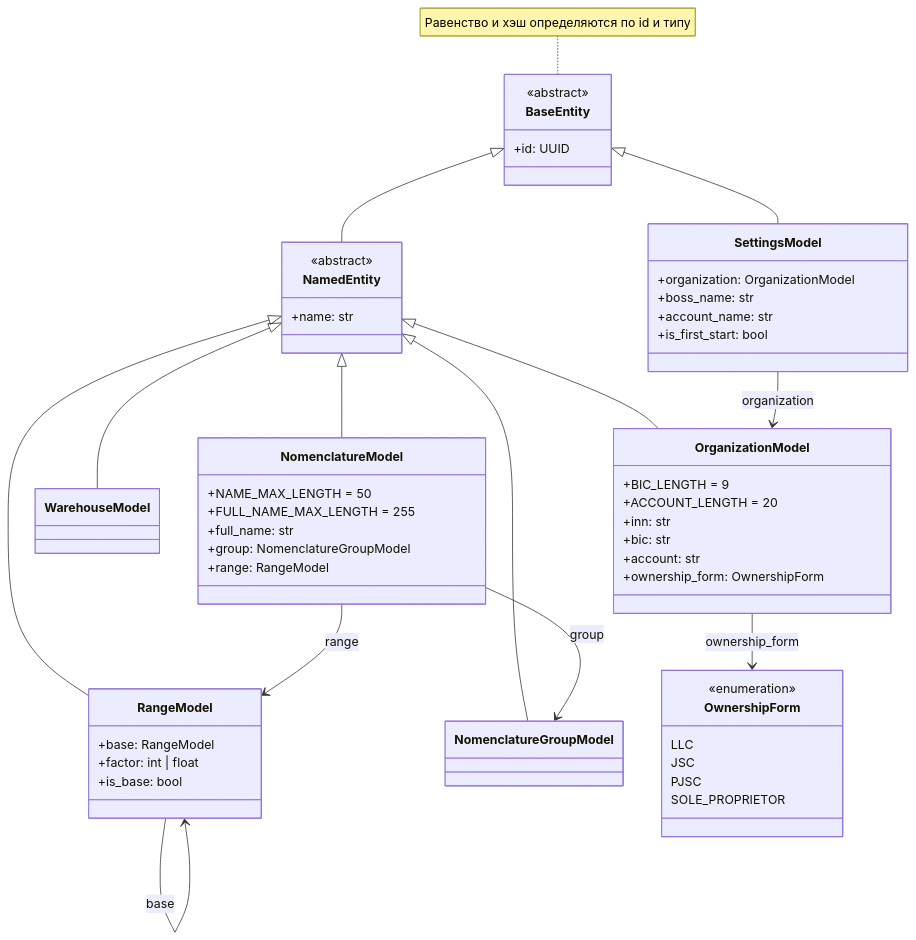
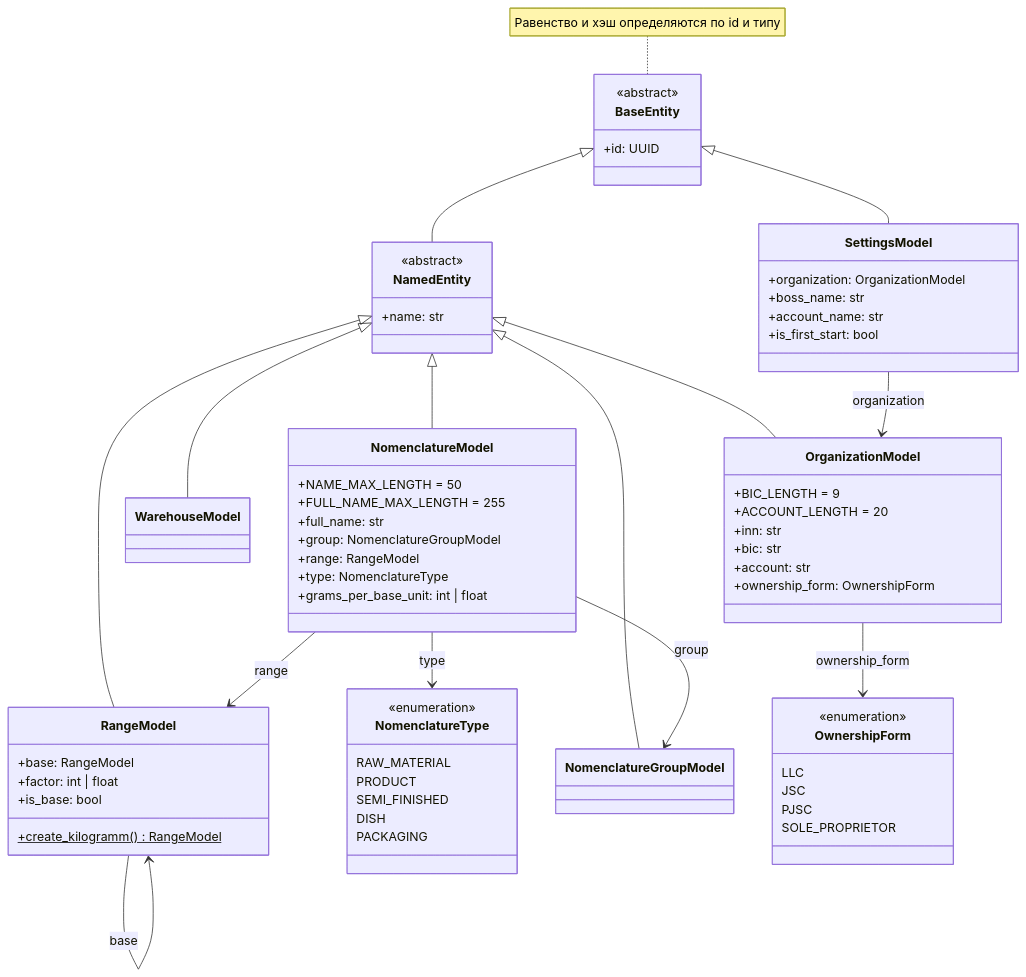
One commit to asutenshi/design-patterns changed the first of 4 diagrams in Docs/ClassDiagram.md. Above: the diagram before and after it, drawn with Mermaid. The commit also changed other lines of this file and 6 other files, not shown here.

Commit message:
feat: extend NomenclatureModel logic: add type and grams_per_base_unit

```diff
--- a/Docs/ClassDiagram.md
+++ b/Docs/ClassDiagram.md
@@ -29,6 +29,7 @@
         +base: RangeModel
         +factor: int | float
         +is_base: bool
+        +create_kilogramm()$ RangeModel
     }
 
     class NomenclatureModel {
@@ -37,6 +38,17 @@
         +full_name: str
         +group: NomenclatureGroupModel
         +range: RangeModel
+        +type: NomenclatureType
+        +grams_per_base_unit: int | float
+    }
+
+    class NomenclatureType {
+        <<enumeration>>
+        RAW_MATERIAL
+        PRODUCT
+        SEMI_FINISHED
+        DISH
+        PACKAGING
     }
 
     class NomenclatureGroupModel
@@ -77,6 +89,7 @@
 
     NomenclatureModel --> NomenclatureGroupModel : group
     NomenclatureModel --> RangeModel : range
+    NomenclatureModel --> NomenclatureType : type
     RangeModel --> RangeModel : base
     OrganizationModel --> OwnershipForm : ownership_form
     SettingsModel --> OrganizationModel : organization
```
